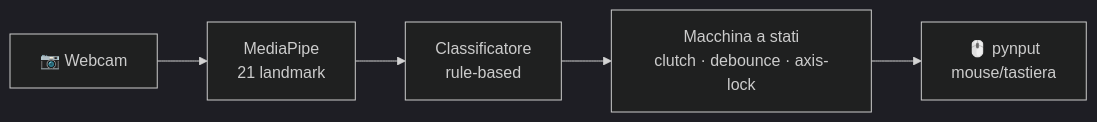
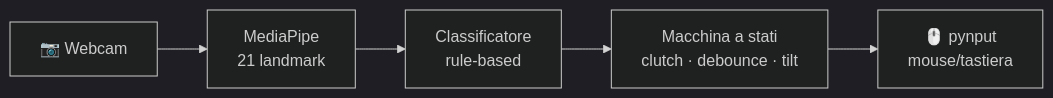
Before and after one commit to pilgrimdelamare/MaraMouse: the diagram in README.md, drawn with Mermaid (dark theme). The commit also changed other lines of this file and 1 other file, not shown here.

````diff
--- a/README.md
+++ b/README.md
@@ -100,7 +101,7 @@
 ```mermaid
 flowchart LR
     A[📷 Webcam] --> B[MediaPipe<br/>21 landmark]
     B --> C[Classificatore<br/>rule-based]
-    C --> D[Macchina a stati<br/>clutch · debounce · axis-lock]
+    C --> D[Macchina a stati<br/>clutch · debounce · tilt]
     D --> E[🖱️ pynput<br/>mouse/tastiera]
 ```
````
